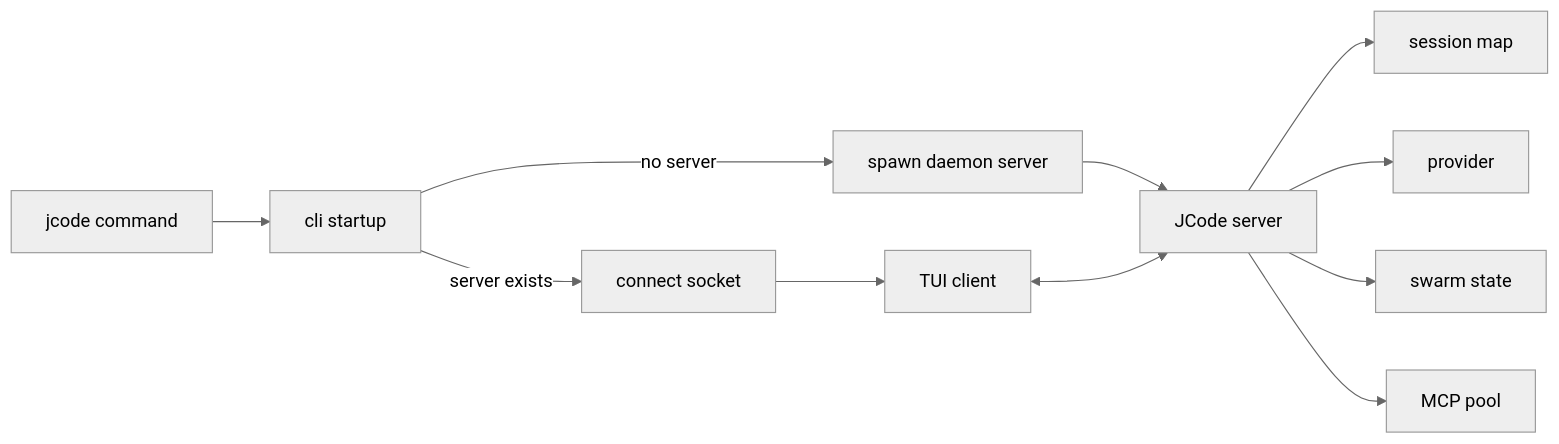
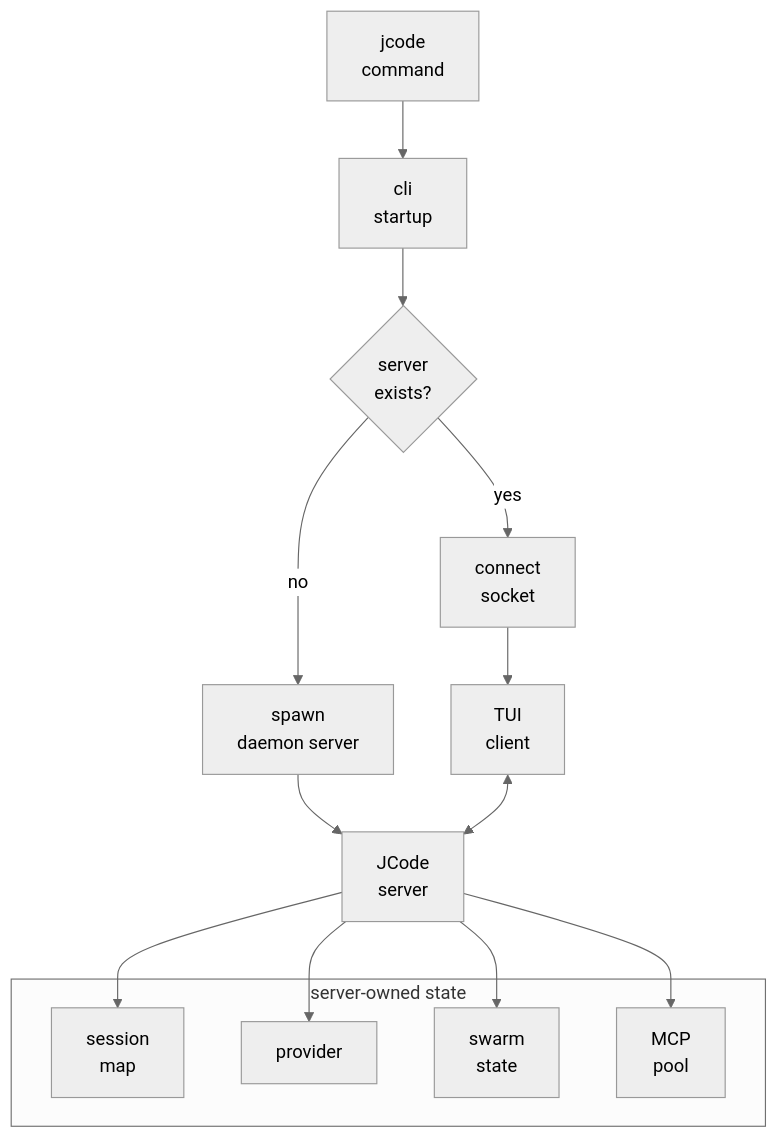
One commit to Br1an67/learn-jcode changed the diagram in docs/en/s02-startup-server.md. Above: the diagram before and after it, drawn with Mermaid (neutral theme). The commit also changed 23 other files, not shown here.

Commit message:
Improve Mermaid diagram layout

````diff
--- a/docs/en/s02-startup-server.md
+++ b/docs/en/s02-startup-server.md
@@ -15,13 +15,22 @@
 ```mermaid
-flowchart LR
-  CLI[jcode command] --> Startup[cli startup]
-  Startup -->|no server| Spawn[spawn daemon server]
-  Startup -->|server exists| Connect[connect socket]
-  Spawn --> Server[JCode server]
-  Connect --> Client[TUI client]
+flowchart TD
+  CLI["jcode<br/>command"] --> Startup["cli<br/>startup"]
+  Startup --> Check{"server<br/>exists?"}
+  Check -- "no" --> Spawn["spawn<br/>daemon server"]
+  Check -- "yes" --> Connect["connect<br/>socket"]
+  Spawn --> Server["JCode<br/>server"]
+  Connect --> Client["TUI<br/>client"]
   Client <--> Server
-  Server --> Sessions[session map]
-  Server --> Provider[provider]
-  Server --> Swarm[swarm state]
-  Server --> MCP[MCP pool]
+
+  subgraph State["server-owned state"]
+    Sessions["session<br/>map"]
+    Provider["provider"]
+    Swarm["swarm<br/>state"]
+    MCP["MCP<br/>pool"]
+  end
+
+  Server --> Sessions
+  Server --> Provider
+  Server --> Swarm
+  Server --> MCP
 ```
````
